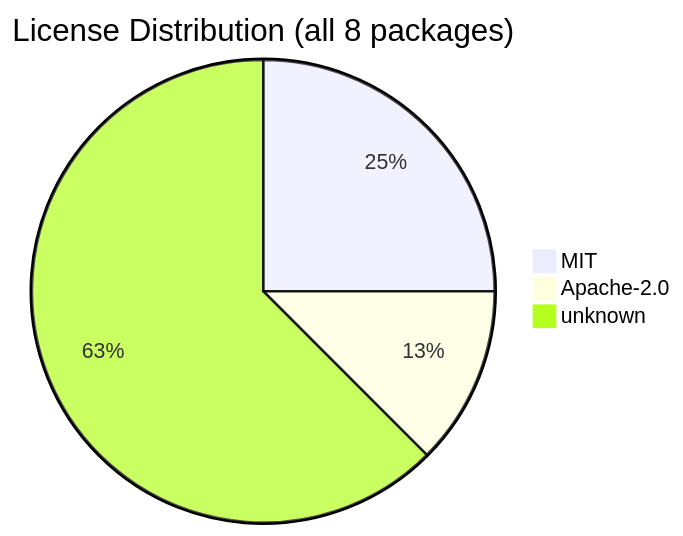
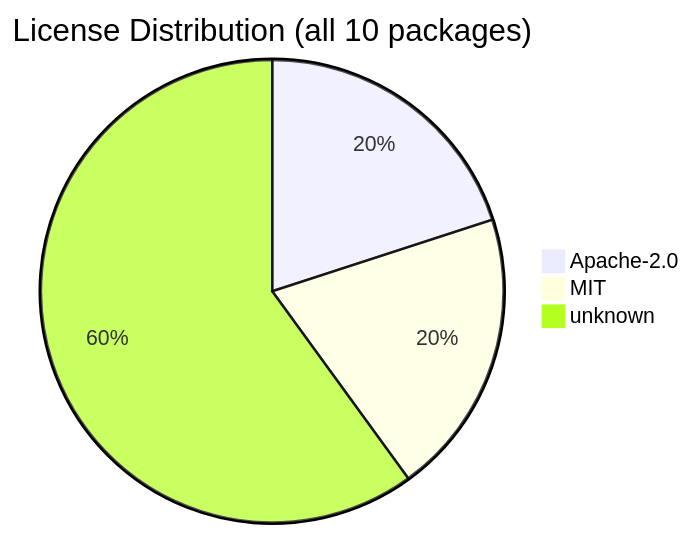
The diagram in .shipwright/compliance/sbom.md (svenroth-ai/shipwright), drawn with Mermaid before and after one commit. The commit also changed other lines of this file and 27 other files, not shown here.

First line of the commit message:
feat(compliance): measure diff-coverage on the shared tier (roadmap Phase 1) (#310)

````diff
--- a/.shipwright/compliance/sbom.md
+++ b/.shipwright/compliance/sbom.md
@@ -18,6 +18,6 @@
 ```mermaid
-pie title License Distribution (all 8 packages)
+pie title License Distribution (all 10 packages)
+    "Apache-2.0" : 2
     "MIT" : 2
-    "Apache-2.0" : 1
-    "unknown" : 5
+    "unknown" : 6
 ```
````
